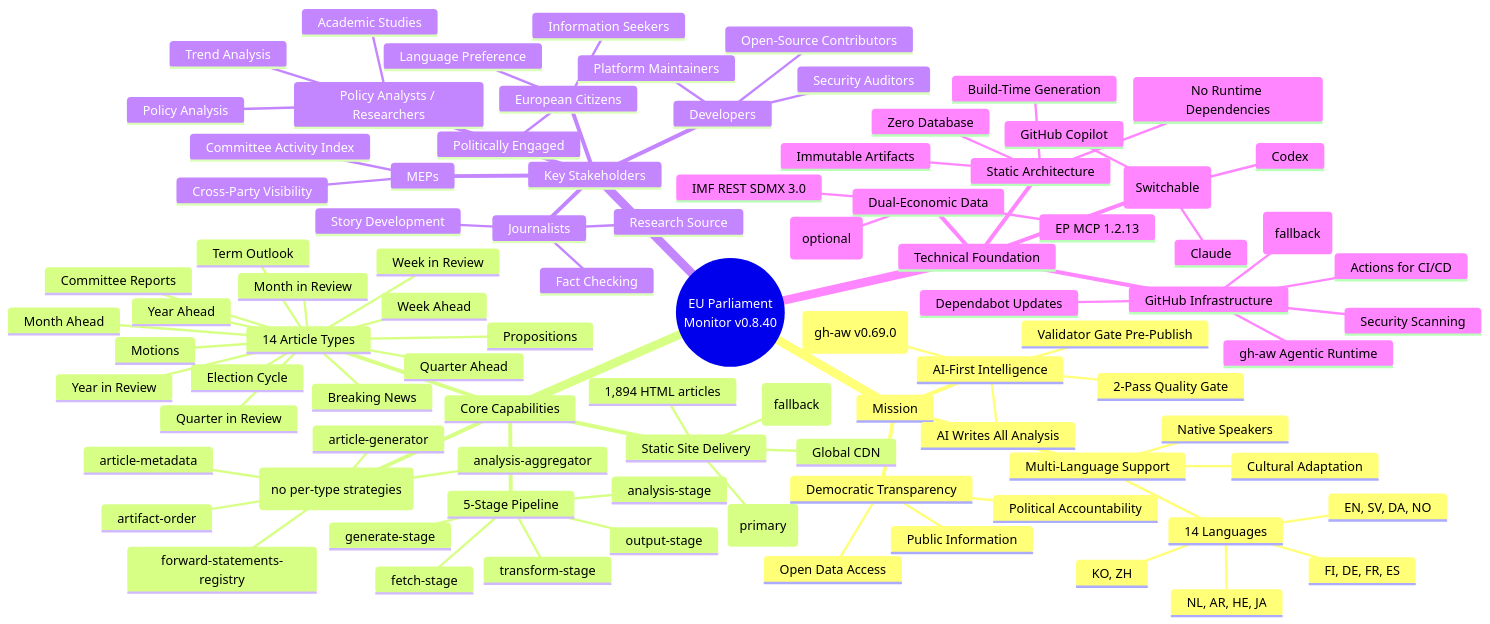
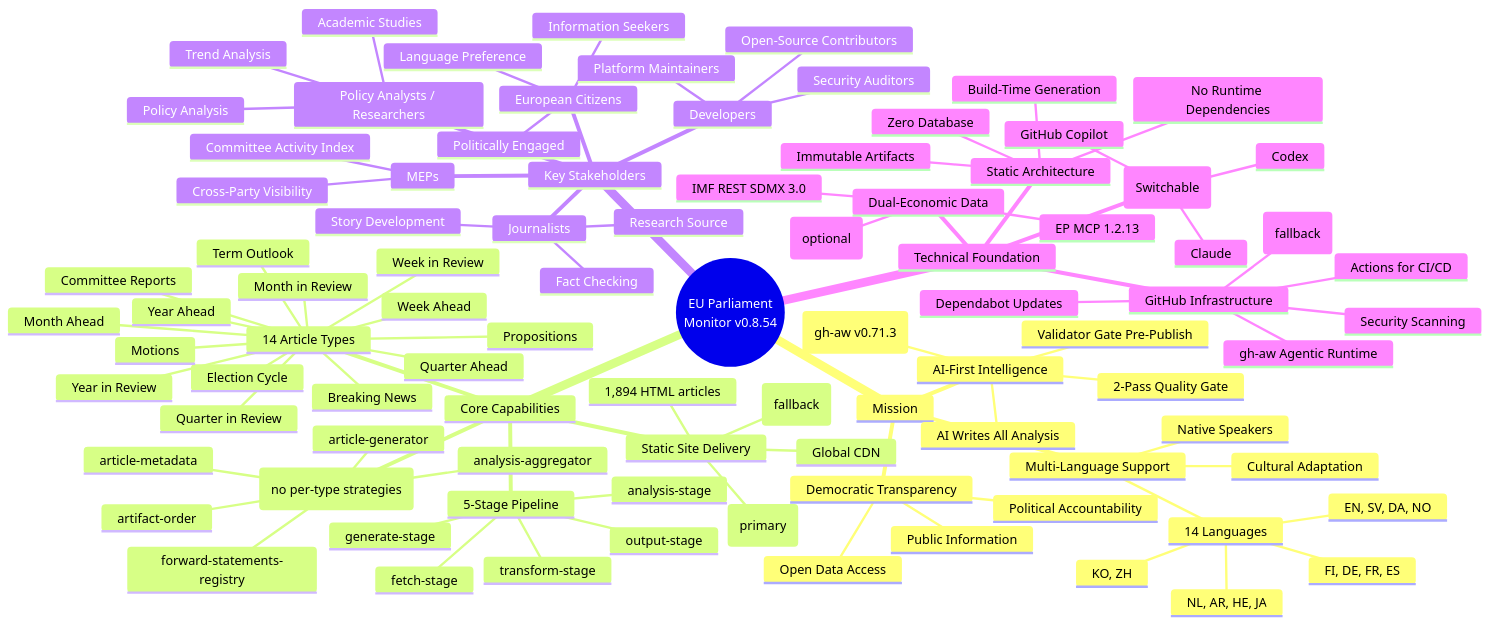
The first of 12 diagrams in MINDMAP.md (Hack23/euparliamentmonitor), drawn with Mermaid before and after one commit. The commit also changed other lines of this file and 13 other files, not shown here.

````diff
--- a/MINDMAP.md
+++ b/MINDMAP.md
@@ -113,6 +113,6 @@
 ```mermaid
 mindmap
-  root((EU Parliament<br/>Monitor v0.8.40))
+  root((EU Parliament<br/>Monitor v0.8.54))
     Mission
       Democratic Transparency
         Public Information
@@ -128,7 +128,7 @@
         Cultural Adaptation
       AI-First Intelligence
         2-Pass Quality Gate
-        Agentic Workflows (gh-aw v0.69.0)
+        Agentic Workflows (gh-aw v0.71.3)
         AI Writes All Analysis
         Validator Gate Pre-Publish
 
````
